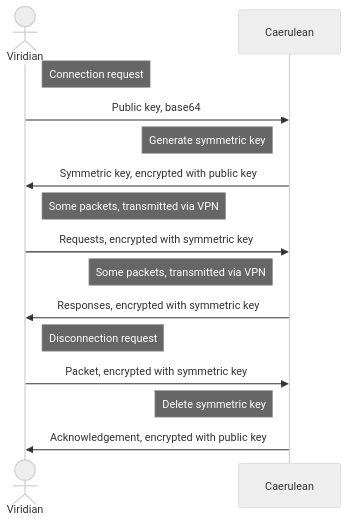
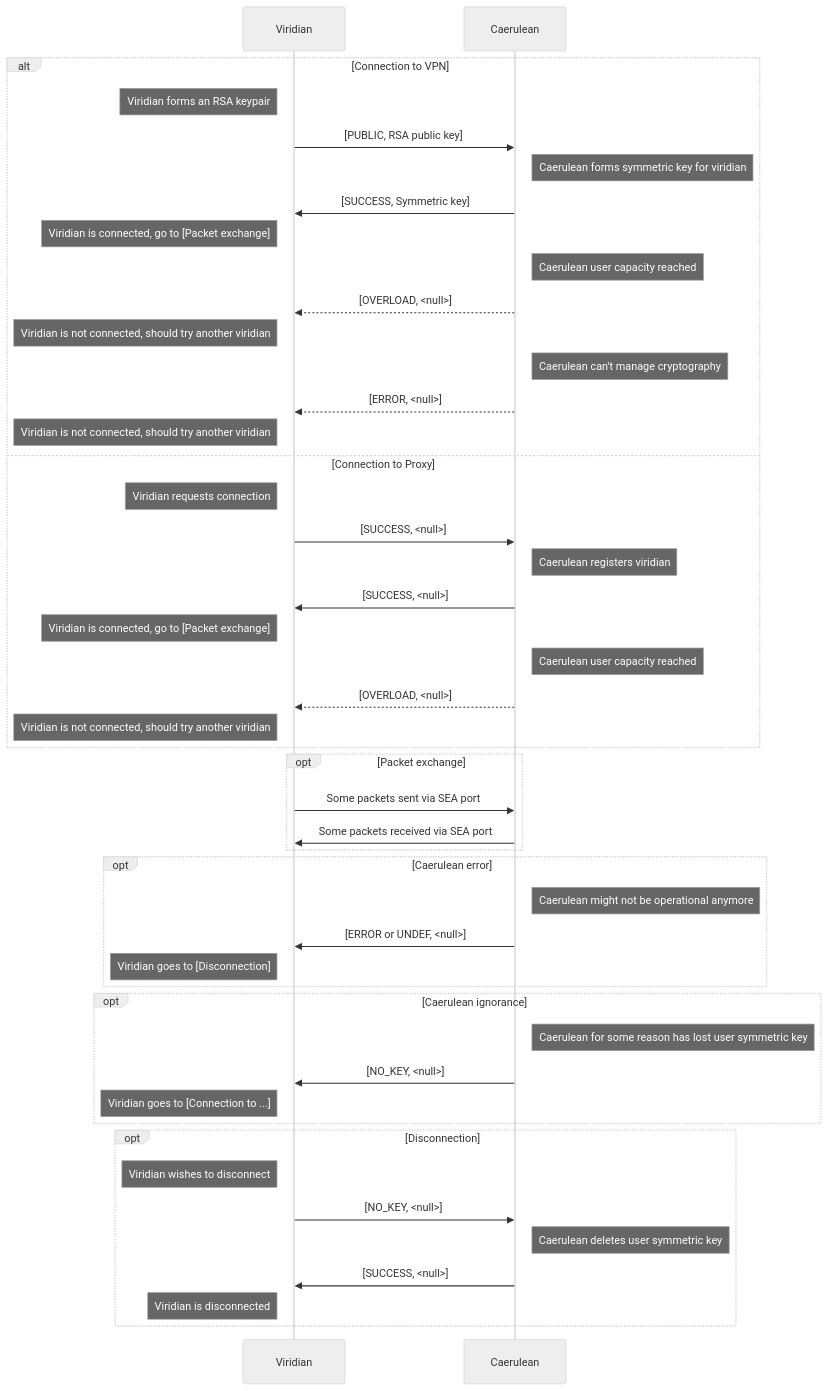
One commit to pseusys/SeasideVPN changed the second of 2 diagrams in README.md. Above: the diagram before and after it, drawn with Mermaid (neutral theme). The commit also changed other lines of this file and 6 other files, not shown here.

````diff
--- a/README.md
+++ b/README.md
@@ -47,23 +125,56 @@
 ```mermaid
 sequenceDiagram
-    actor Viridian
+    participant Viridian
     participant Caerulean
 
-    Note right of Viridian: Connection request
-    Viridian ->> Caerulean: Public key, base64
-    
-    Note left of Caerulean: Generate symmetric key
-    Caerulean ->> Viridian: Symmetric key, encrypted with public key
+    link Viridian: Viridian @ https://github.com/pseusys/SeasideVPN/blob/main/viridian/algae/README.md
+    link Caerulean: Caerulean @ https://github.com/pseusys/SeasideVPN/blob/main/caerulean/whirlpool/README.md
 
-    Note right of Viridian: Some packets, transmitted via VPN
-    Viridian ->> Caerulean: Requests, encrypted with symmetric key
+    alt Connection to VPN
+        Note left of Viridian: Viridian forms an RSA keypair
+        Viridian ->> Caerulean: [PUBLIC, RSA public key]
+        Note right of Caerulean: Caerulean forms symmetric key for viridian
+        Caerulean ->> Viridian: [SUCCESS, Symmetric key]
+        Note left of Viridian: Viridian is connected, go to [Packet exchange]
+        Note right of Caerulean: Caerulean user capacity reached
+        Caerulean -->> Viridian: [OVERLOAD, <null>]
+        Note left of Viridian: Viridian is not connected, should try another viridian
+        Note right of Caerulean: Caerulean can't manage cryptography
+        Caerulean -->> Viridian: [ERROR, <null>]
+        Note left of Viridian: Viridian is not connected, should try another viridian
+    else Connection to Proxy
+        Note left of Viridian: Viridian requests connection
+        Viridian ->> Caerulean: [SUCCESS, <null>]
+        Note right of Caerulean: Caerulean registers viridian
+        Caerulean ->> Viridian: [SUCCESS, <null>]
+        Note left of Viridian: Viridian is connected, go to [Packet exchange]
+        Note right of Caerulean: Caerulean user capacity reached
+        Caerulean -->> Viridian: [OVERLOAD, <null>]
+        Note left of Viridian: Viridian is not connected, should try another viridian
+    end
 
-    Note left of Caerulean: Some packets, transmitted via VPN
-    Caerulean ->> Viridian: Responses, encrypted with symmetric key
+    opt Packet exchange
+        Viridian ->> Caerulean: Some packets sent via SEA port
+        Caerulean ->> Viridian: Some packets received via SEA port
+    end
 
-    Note right of Viridian: Disconnection request
-    Viridian ->> Caerulean: Packet, encrypted with symmetric key
+    opt Caerulean error
+        Note right of Caerulean: Caerulean might not be operational anymore
+        Caerulean ->> Viridian: [ERROR or UNDEF, <null>]
+        Note left of Viridian: Viridian goes to [Disconnection]
+    end
 
-    Note left of Caerulean: Delete symmetric key
-    Caerulean ->> Viridian: Acknowledgement, encrypted with public key
+    opt Caerulean ignorance
+        Note right of Caerulean: Caerulean for some reason has lost user symmetric key
+        Caerulean ->> Viridian: [NO_KEY, <null>]
+        Note left of Viridian: Viridian goes to [Connection to ...]
+    end
+
+    opt Disconnection
+        Note left of Viridian: Viridian wishes to disconnect
+        Viridian ->> Caerulean: [NO_KEY, <null>]
+        Note right of Caerulean: Caerulean deletes user symmetric key
+        Caerulean ->> Viridian: [SUCCESS, <null>]
+        Note left of Viridian: Viridian is disconnected
+    end
 ```
````
